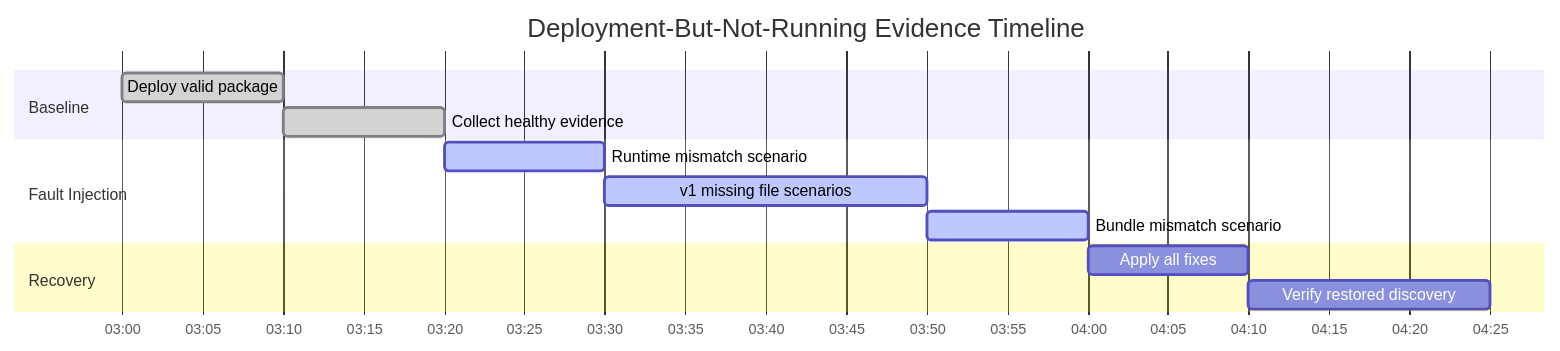
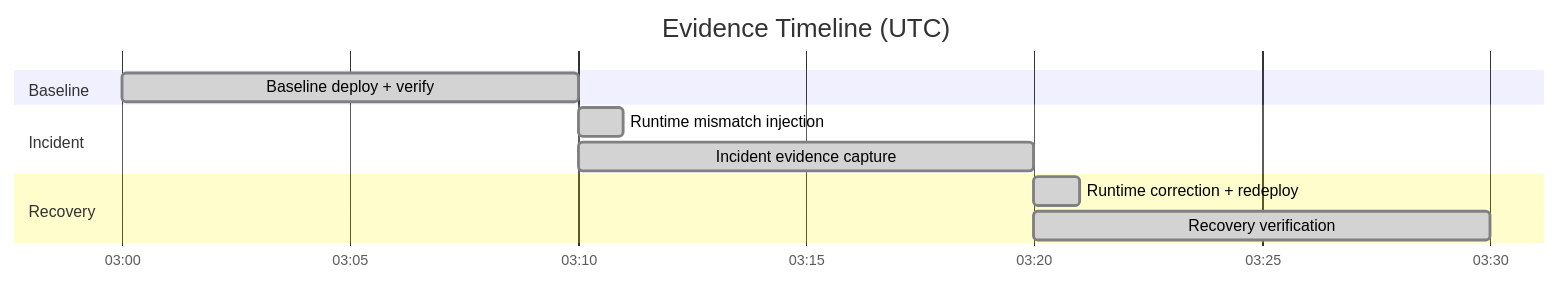
Before and after one commit to yeongseon/azure-functions-practical-guide: the fifth of 5 diagrams in docs/troubleshooting/lab-guides/deployment-not-running.md, drawn with Mermaid. The commit also changed other lines of this file and 21 other files, not shown here.

First line of the commit message:
feat: update all 9 lab guides with real Azure evidence and Oracle-reviewed KQL

````diff
--- a/docs/troubleshooting/lab-guides/deployment-not-running.md
+++ b/docs/troubleshooting/lab-guides/deployment-not-running.md
@@ -864,16 +487,14 @@
 ```mermaid
 gantt
-    title Deployment-But-Not-Running Evidence Timeline
+    title Evidence Timeline (UTC)
     dateFormat  HH:mm
     axisFormat  %H:%M
     section Baseline
-    Deploy valid package            :done, a1, 03:00, 10m
-    Collect healthy evidence        :done, a2, after a1, 10m
-    section Fault Injection
-    Runtime mismatch scenario       :active, b1, 03:20, 10m
-    v1 missing file scenarios       :active, b2, 03:30, 20m
-    Bundle mismatch scenario        :active, b3, 03:50, 10m
+    Baseline deploy + verify            :done, e1, 03:00, 10m
+    section Incident
+    Runtime mismatch injection          :done, e2, 03:10, 1m
+    Incident evidence capture           :done, e3, 03:10, 10m
     section Recovery
-    Apply all fixes                 :c1, 04:00, 10m
-    Verify restored discovery       :c2, after c1, 15m
+    Runtime correction + redeploy       :done, e4, 03:20, 1m
+    Recovery verification               :done, e5, 03:20, 10m
 ```
````
